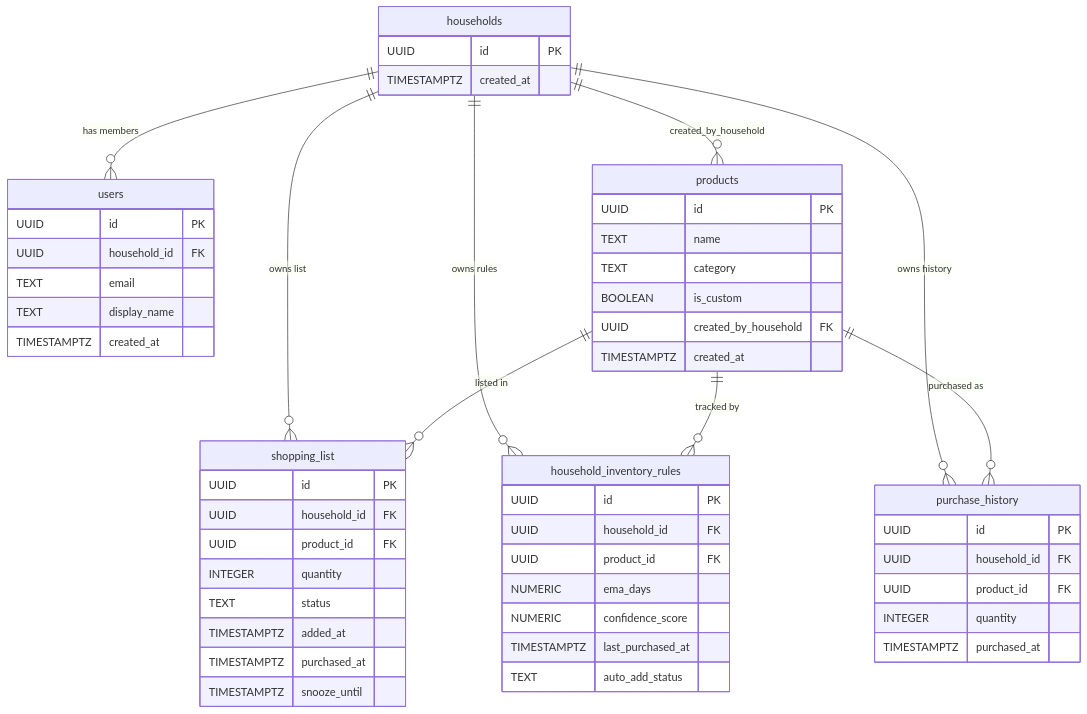
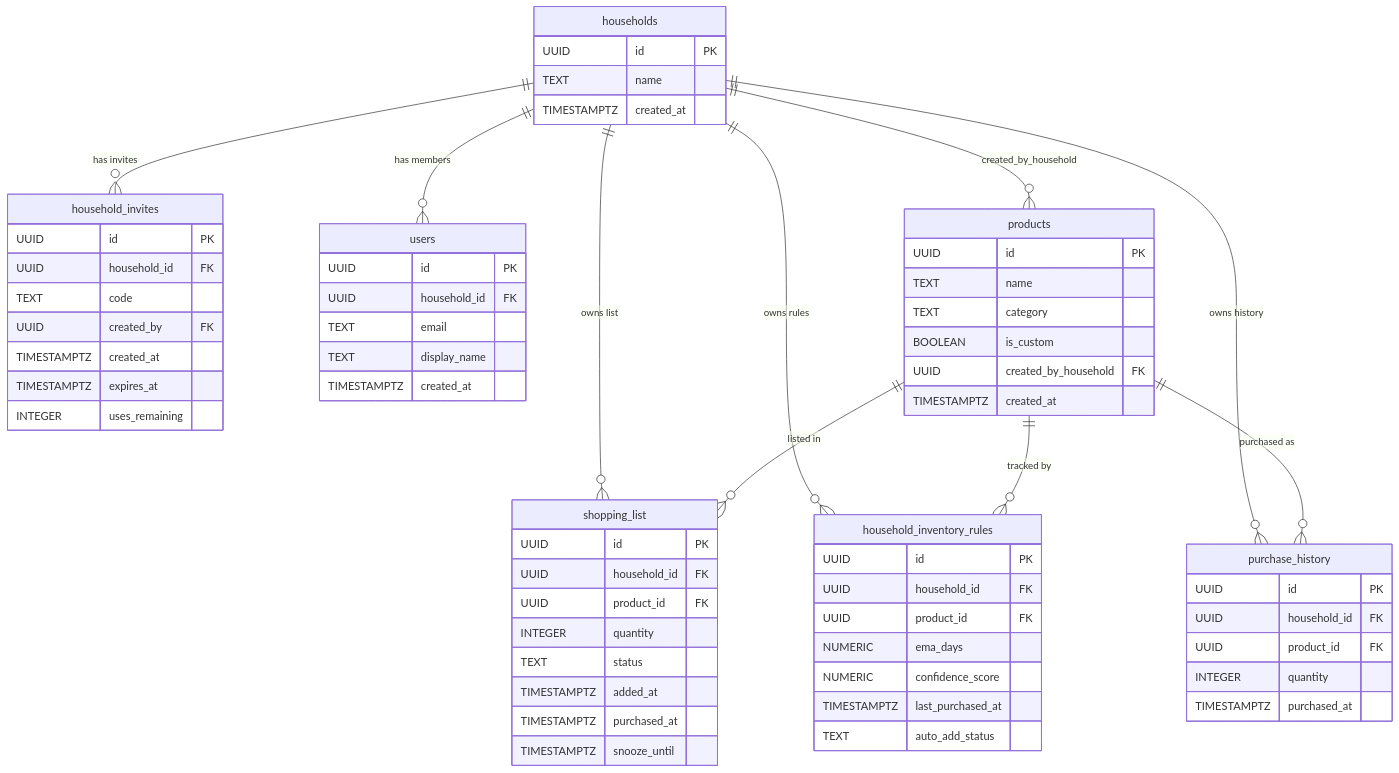
The diagram in DATABASE.md (omerElezra/Agala), drawn with Mermaid before and after one commit. The commit also changed other lines of this file and 8 other files, not shown here.

````diff
--- a/DATABASE.md
+++ b/DATABASE.md
@@ -11,62 +11,74 @@
 ```mermaid
 erDiagram
     households {
         UUID id PK
+        TEXT name
         TIMESTAMPTZ created_at
+    }
+
+    household_invites {
+        UUID id PK
+        UUID household_id FK
+        TEXT code
+        UUID created_by FK
+        TIMESTAMPTZ created_at
+        TIMESTAMPTZ expires_at
+        INTEGER uses_remaining
     }
 
     users {
         UUID id PK
         UUID household_id FK
         TEXT email
         TEXT display_name
         TIMESTAMPTZ created_at
     }
 
     products {
         UUID id PK
         TEXT name
         TEXT category
         BOOLEAN is_custom
         UUID created_by_household FK
         TIMESTAMPTZ created_at
     }
 
     shopping_list {
         UUID id PK
         UUID household_id FK
         UUID product_id FK
         INTEGER quantity
         TEXT status
         TIMESTAMPTZ added_at
         TIMESTAMPTZ purchased_at
         TIMESTAMPTZ snooze_until
     }
 
     household_inventory_rules {
         UUID id PK
         UUID household_id FK
         UUID product_id FK
         NUMERIC ema_days
         NUMERIC confidence_score
         TIMESTAMPTZ last_purchased_at
         TEXT auto_add_status
     }
 
     purchase_history {
         UUID id PK
         UUID household_id FK
         UUID product_id FK
         INTEGER quantity
         TIMESTAMPTZ purchased_at
     }
 
     households ||--o{ users : "has members"
     households ||--o{ shopping_list : "owns list"
     households ||--o{ household_inventory_rules : "owns rules"
     households ||--o{ purchase_history : "owns history"
     households ||--o{ products : "created_by_household"
+    households ||--o{ household_invites : "has invites"
     products ||--o{ shopping_list : "listed in"
     products ||--o{ household_inventory_rules : "tracked by"
     products ||--o{ purchase_history : "purchased as"
 ```
````
